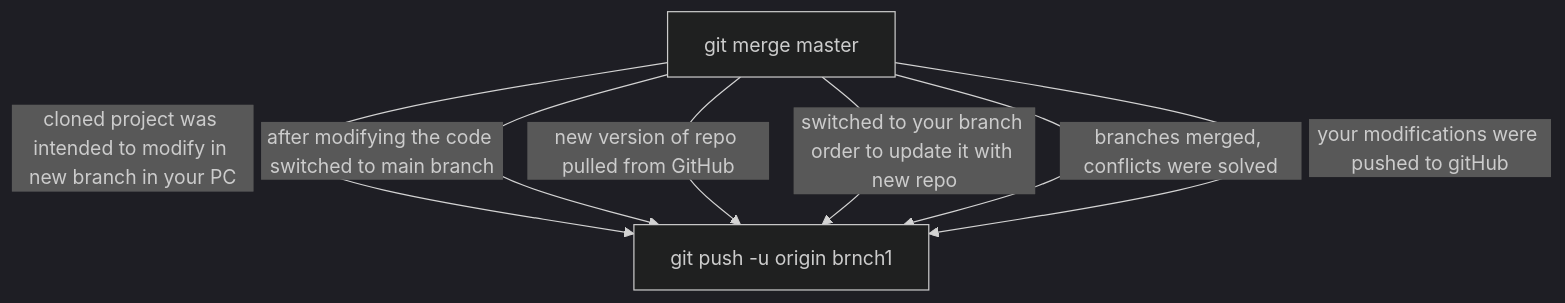
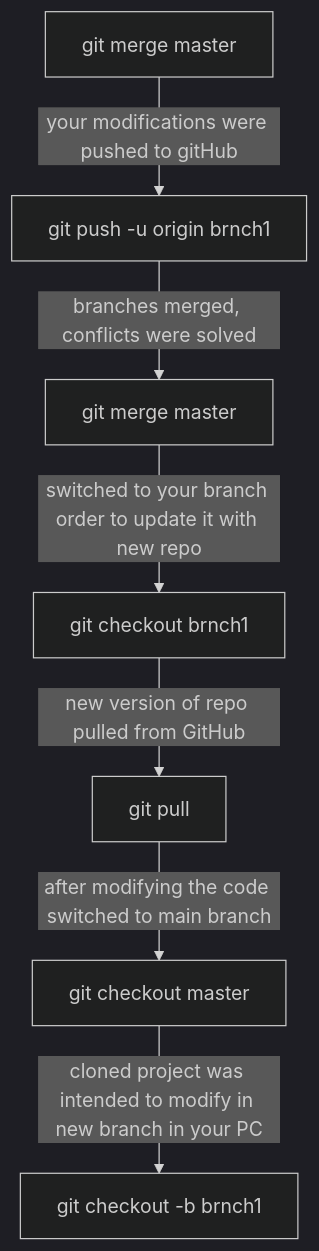
Before and after one commit to Akhmarzhan/practicum-task: the third of 3 diagrams in README.md, drawn with Mermaid (dark theme).

Commit message:
Added mermaid about git pull

````diff
--- a/README.md
+++ b/README.md
@@ -84,9 +84,9 @@
 ```mermaid
   graph TB;
       id1["git clone URL"] -- "cloned project was intended to modify in new branch in your PC" --> id["git checkout -b brnch1"];
-      id1["git checkout -b brnch1"] -- "after modifying the code switched to main branch" --> id["git checkout master"];
-	  id1["git checkout master"]  -- "new version of repo pulled from GitHub" --> id["git pull"] ;
-	  id1["git pull"] -- "switched to your branch order to update it with new repo" --> id["git checkout brnch1"] ;
-	  id1["git checkout brnch1"] -- "branches merged, conflicts were solved" --> id["git merge master"] ;
-	  id1["git merge master"] -- "your modifications were pushed to gitHub"  --> id["git push -u origin brnch1"];
+      id2["git checkout -b brnch1"] -- "after modifying the code switched to main branch" --> id1["git checkout master"];
+	  id3["git checkout master"]  -- "new version of repo pulled from GitHub" --> id2["git pull"] ;
+	  id4["git pull"] -- "switched to your branch order to update it with new repo" --> id3["git checkout brnch1"] ;
+	  id5["git checkout brnch1"] -- "branches merged, conflicts were solved" --> id4["git merge master"] ;
+	  id6["git merge master"] -- "your modifications were pushed to gitHub"  --> id5["git push -u origin brnch1"];
 ```
````
